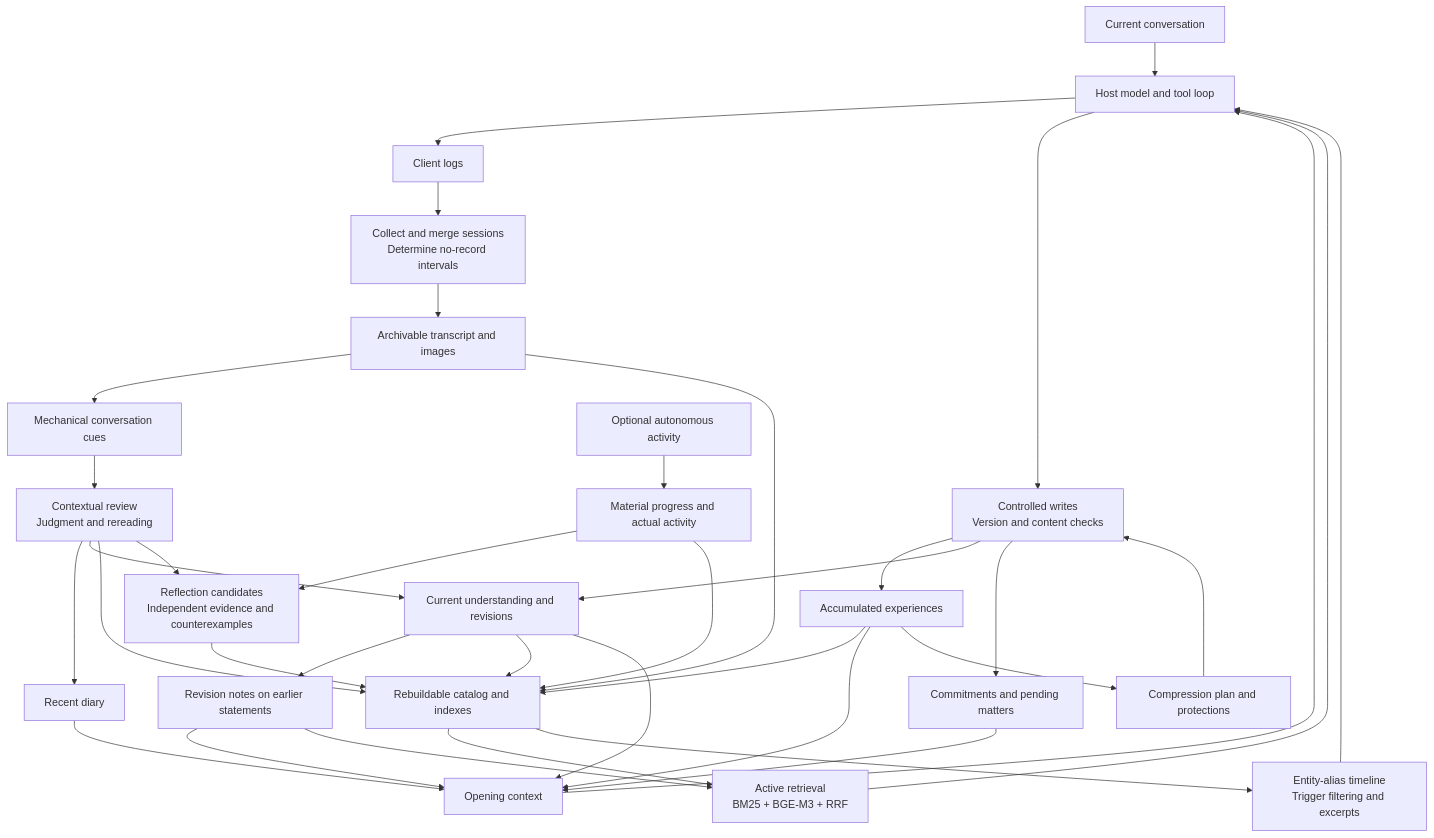
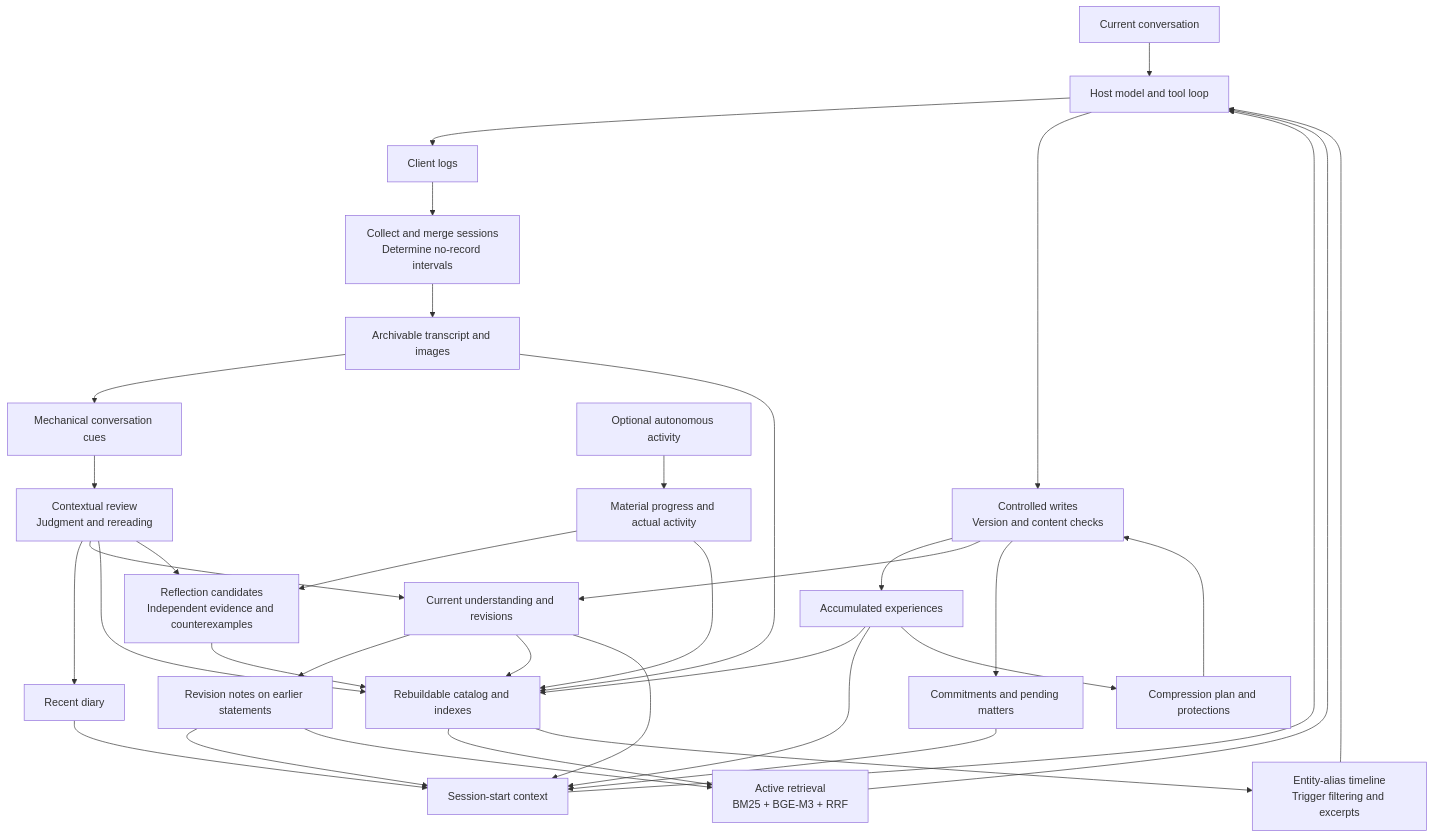
The diagram in README.en.md (ikarugaikoi/hikaru-memory), drawn with Mermaid before and after one commit. The commit also changed other lines of this file and 26 other files, not shown here.

````diff
--- a/README.en.md
+++ b/README.en.md
@@ -115,38 +115,38 @@
 ```mermaid
 flowchart TD
     User[Current conversation] --> Host[Host model and tool loop]
     Host --> Logs[Client logs]
     Logs --> Collect[Collect and merge sessions\nDetermine no-record intervals]
     Collect --> Raw[Archivable transcript and images]
     Raw --> Mark[Mechanical conversation cues]
     Mark --> Review[Contextual review\nJudgment and rereading]
     Review --> Diary[Recent diary]
     Review --> Understanding[Current understanding and revisions]
     Host --> Write[Controlled writes\nVersion and content checks]
     Write --> Experiences[Accumulated experiences]
     Write --> Understanding
     Write --> Pending[Commitments and pending matters]
     Understanding --> Corrections[Revision notes on earlier statements]
     Raw --> Catalog[Rebuildable catalog and indexes]
     Review --> Catalog
     Understanding --> Catalog
     Experiences --> Catalog
     Catalog --> Search[Active retrieval\nBM25 + BGE-M3 + RRF]
     Catalog --> Timeline[Entity-alias timeline\nTrigger filtering and excerpts]
-    Diary --> Wake[Opening context]
+    Diary --> Wake[Session-start context]
     Understanding --> Wake
     Experiences --> Wake
     Pending --> Wake
     Corrections --> Wake
     Corrections --> Search
     Search --> Host
     Timeline --> Host
     Wake --> Host
     Experiences --> Fade[Compression plan and protections]
     Fade --> Write
     Review --> Reflection[Reflection candidates\nIndependent evidence and counterexamples]
     Activity[Optional autonomous activity] --> Footprint[Material progress and actual activity]
     Footprint --> Reflection
     Footprint --> Catalog
     Reflection --> Catalog
 ```
````
